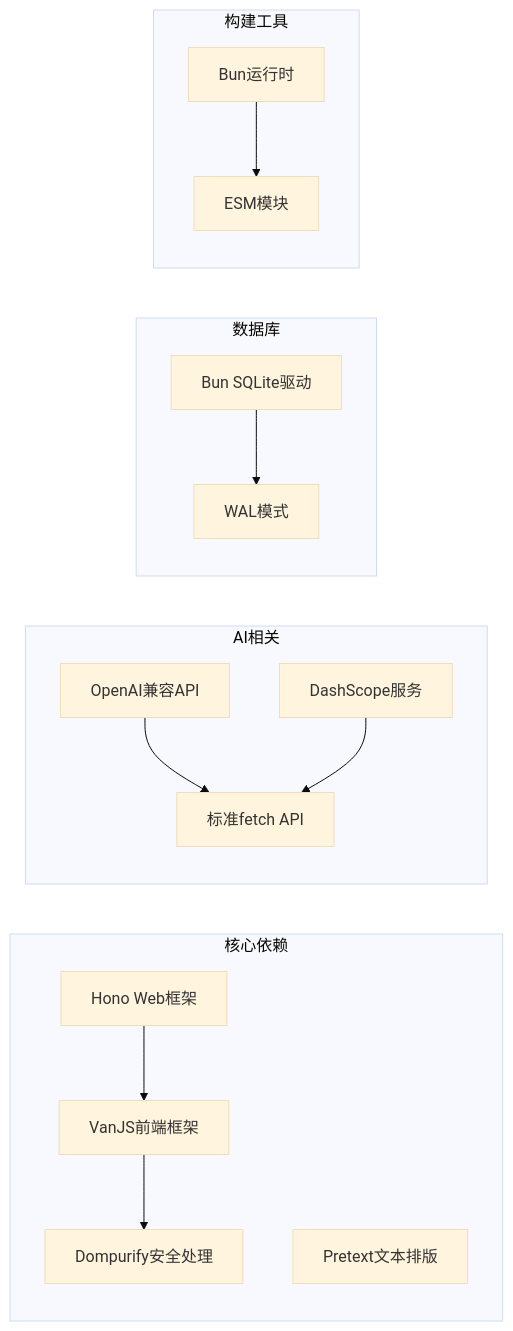
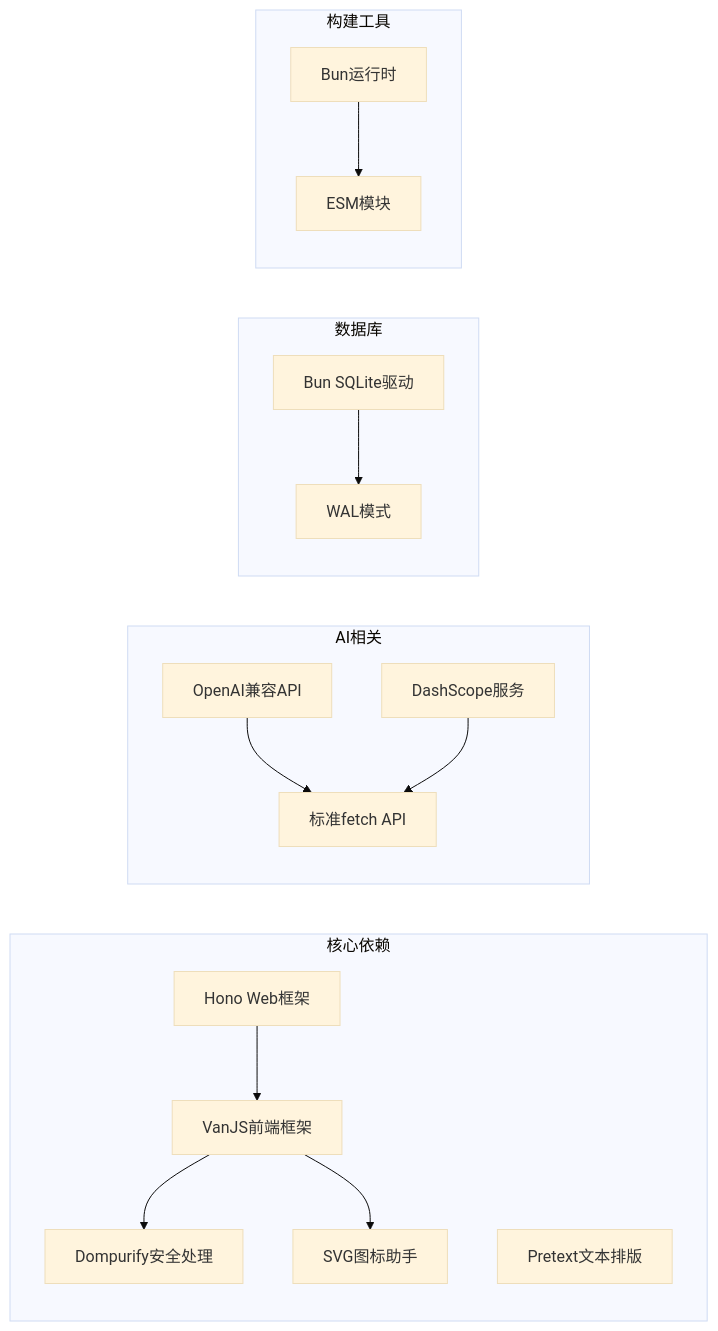
One commit to BlackBoxRecorder/memos changed the ninth of 9 diagrams in .qoder/repowiki/zh/content/核心功能/AI写作工具箱设计规格.md. Above: the diagram before and after it, drawn with Mermaid (base theme). The commit also changed other lines of this file and 12 other files, not shown here.

````diff
--- a/.qoder/repowiki/zh/content/核心功能/AI写作工具箱设计规格.md
+++ b/.qoder/repowiki/zh/content/核心功能/AI写作工具箱设计规格.md
@@ -397,28 +475,30 @@
 ```mermaid
 graph LR
 subgraph "核心依赖"
 Hono[Hono Web框架]
 VanJS[VanJS前端框架]
 Pretext[Pretext文本排版]
 Dompurify[Dompurify安全处理]
+SVGHelper[SVG图标助手]
 end
 subgraph "AI相关"
 OpenAI[OpenAI兼容API]
 DashScope[DashScope服务]
 Fetch[标准fetch API]
 end
 subgraph "数据库"
 SQLite[Bun SQLite驱动]
 WAL[WAL模式]
 end
 subgraph "构建工具"
 Bun[Bun运行时]
 ESM[ESM模块]
 end
 Hono --> VanJS
 VanJS --> Dompurify
+VanJS --> SVGHelper
 OpenAI --> Fetch
 DashScope --> Fetch
 SQLite --> WAL
 Bun --> ESM
 ```
````
